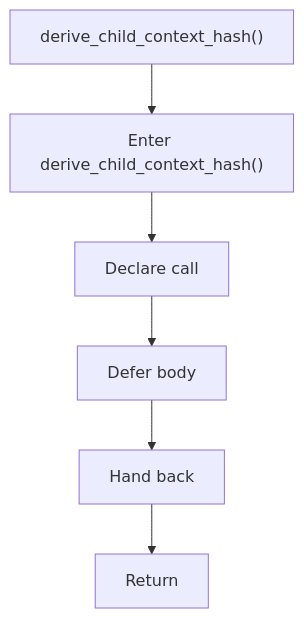
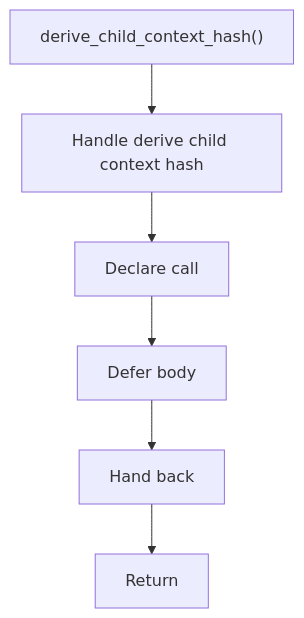
The diagram in docs/Codebase/Microservice/Modules/Header/SyntacticBrokenAST/Trees/Actual/Internal/Flow/functions/derive_child_context_hash.hpp.md (JohnAndrewBalbarosa/NeoTerritory), drawn with Mermaid before and after one commit. The commit also changed other lines of this file and 925 other files, not shown here.

````diff
--- a/docs/Codebase/Microservice/Modules/Header/SyntacticBrokenAST/Trees/Actual/Internal/Flow/functions/derive_child_context_hash.hpp.md
+++ b/docs/Codebase/Microservice/Modules/Header/SyntacticBrokenAST/Trees/Actual/Internal/Flow/functions/derive_child_context_hash.hpp.md
@@ -16,14 +16,14 @@
 ```mermaid
 flowchart TD
     Start["derive_child_context_hash()"]
-    N0["Enter derive_child_context_hash()"]
+    N0["Handle derive child context hash"]
     N1["Declare call"]
     N2["Defer body"]
     N3["Hand back"]
     End["Return"]
     Start --> N0
     N0 --> N1
     N1 --> N2
     N2 --> N3
     N3 --> End
 ```
````
